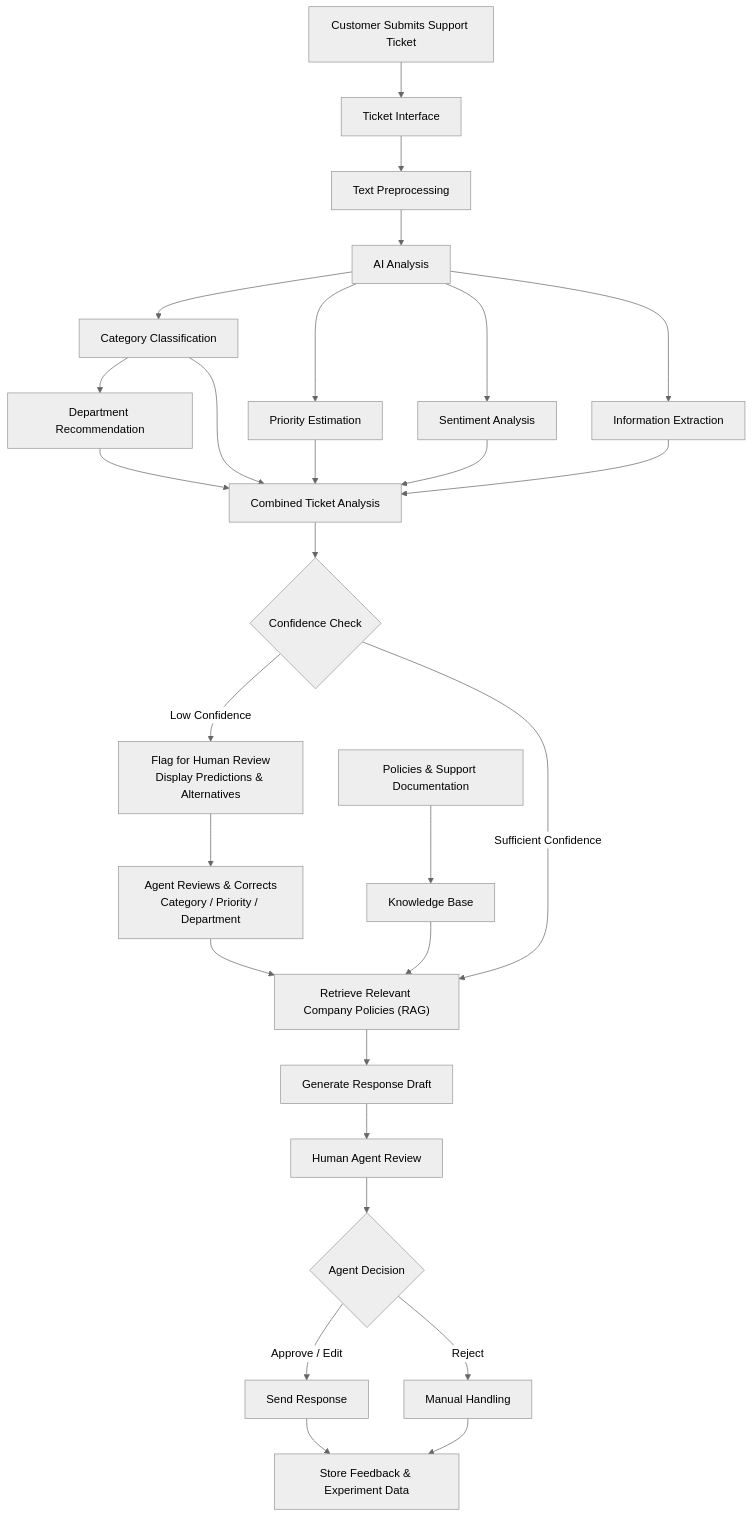
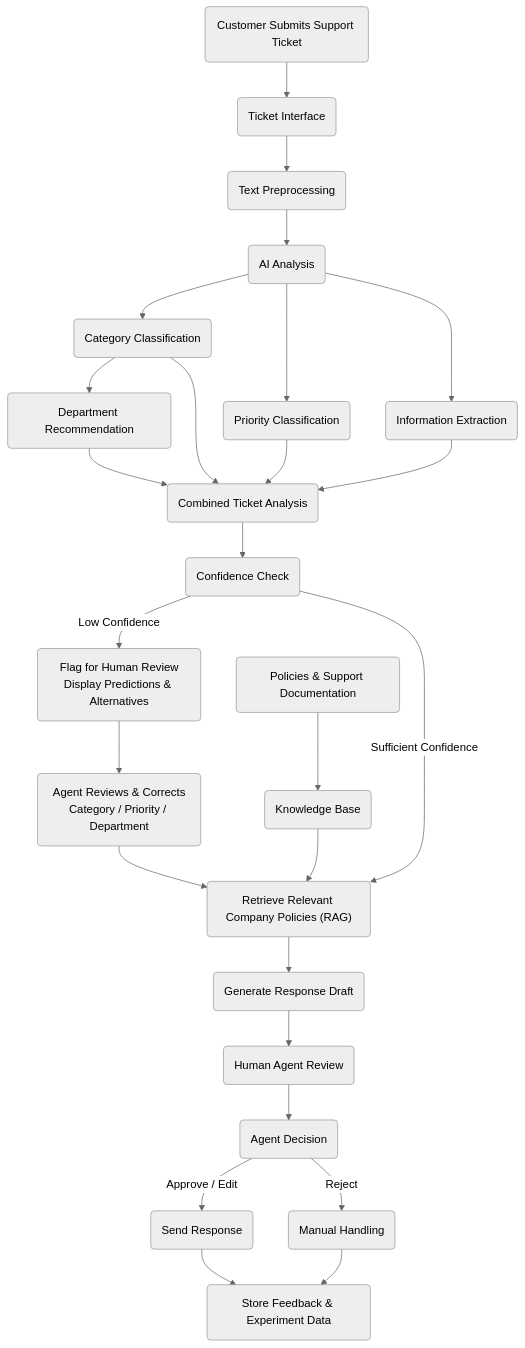
Before and after one commit to depi-r5-ism5-ais2-s1-support-copilot/support-ticket-copilot: the diagram in docs/workflows/ticket-processing-workflow.md, drawn with Mermaid (neutral theme). The commit also changed other lines of this file, not shown here.

Commit message:
docs(workflows): update ticket processing workflow

````diff
--- a/docs/workflows/ticket-processing-workflow.md
+++ b/docs/workflows/ticket-processing-workflow.md
@@ -6,41 +5,39 @@
 ```mermaid
 flowchart TD
-    A["Customer Submits Support Ticket"] --> B["Ticket Interface"]
-    B --> C["Text Preprocessing"]
-    C --> D["AI Analysis"]
+    A("Customer Submits Support Ticket") --> B("Ticket Interface")
+    B --> C("Text Preprocessing")
+    C --> D("AI Analysis")
 
-    D --> E["Category Classification"]
-    D --> F["Priority Estimation"]
-    D --> G["Sentiment Analysis"]
-    D --> H["Information Extraction"]
+    D --> E("Category Classification")
+    D --> F("Priority Classification")
+    D --> G("Information Extraction")
 
-    E --> I["Department Recommendation"]
+    E --> H("Department Recommendation")
 
-    E --> J["Combined Ticket Analysis"]
-    F --> J
-    G --> J
-    H --> J
-    I --> J
+    E --> I("Combined Ticket Analysis")
+    F --> I
+    G --> I
+    H --> I
 
-    J --> K{"Confidence Check"}
+    I --> J("Confidence Check")
 
-    K -->|Low Confidence| L["Flag for Human Review<br/>Display Predictions & Alternatives"]
-    L --> M["Agent Reviews & Corrects<br/>Category / Priority / Department"]
+    J -->|Low Confidence| K("Flag for Human Review<br/>Display Predictions & Alternatives")
+    K --> L("Agent Reviews & Corrects<br/>Category / Priority / Department")
 
-    K -->|Sufficient Confidence| N["Retrieve Relevant Company Policies (RAG)"]
-    M --> N
+    J -->|Sufficient Confidence| M("Retrieve Relevant Company Policies (RAG)")
+    L --> M
 
-    O["Policies & Support Documentation"] --> P["Knowledge Base"]
-    P --> N
+    N("Policies & Support Documentation") --> O("Knowledge Base")
+    O --> M
 
-    N --> Q["Generate Response Draft"]
-    Q --> R["Human Agent Review"]
+    M --> P("Generate Response Draft")
+    P --> Q("Human Agent Review")
 
-    R --> S{"Agent Decision"}
+    Q --> R("Agent Decision")
 
-    S -->|Approve / Edit| T["Send Response"]
-    S -->|Reject| U["Manual Handling"]
+    R -->|Approve / Edit| S("Send Response")
+    R -->|Reject| T("Manual Handling")
 
-    T --> V["Store Feedback & Experiment Data"]
-    U --> V
+    S --> U("Store Feedback & Experiment Data")
+    T --> U
 ```
````
